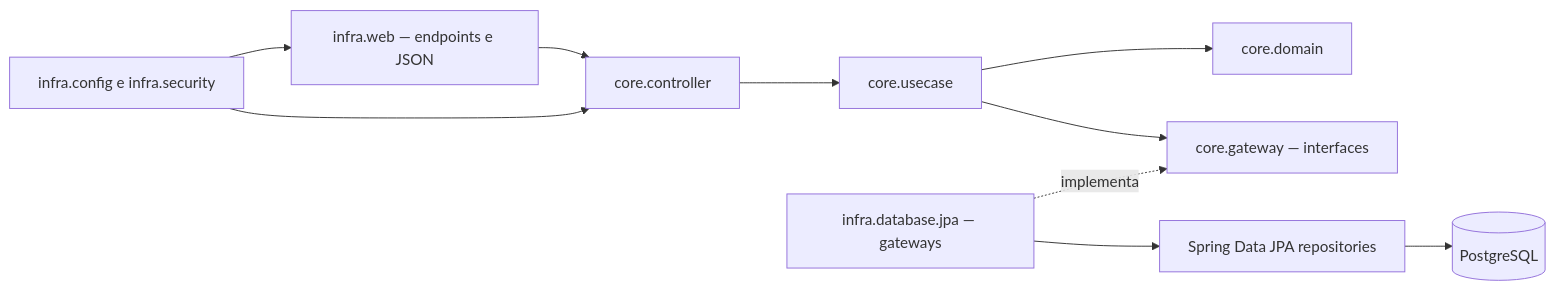
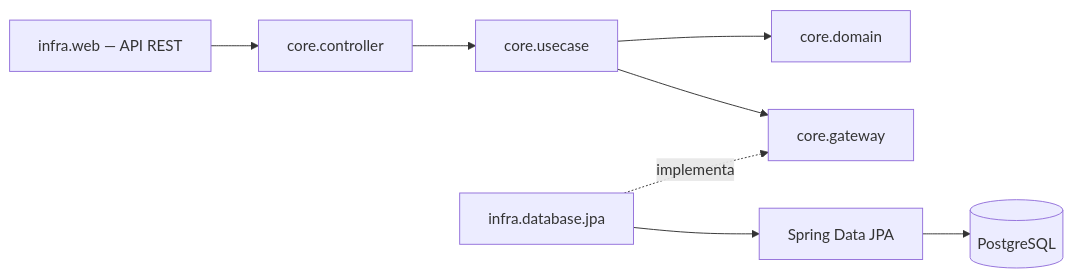
The diagram in README.md (Czochralski/Pos-FIAP-Fase-2), drawn with Mermaid before and after one commit. The commit also changed other lines of this file and 4 other files, not shown here.

````diff
--- a/README.md
+++ b/README.md
@@ -29,12 +61,10 @@
 ```mermaid
 flowchart LR
-    API[infra.web — endpoints e JSON] --> Controller[core.controller]
+    Web[infra.web — API REST] --> Controller[core.controller]
     Controller --> UseCase[core.usecase]
     UseCase --> Domain[core.domain]
-    UseCase --> Port[core.gateway — interfaces]
-    Adapter[infra.database.jpa — gateways] -. implementa .-> Port
-    Adapter --> Repository[Spring Data JPA repositories]
+    UseCase --> Gateway[core.gateway]
+    Jpa[infra.database.jpa] -. implementa .-> Gateway
+    Jpa --> Repository[Spring Data JPA]
     Repository --> Database[(PostgreSQL)]
-    Config[infra.config e infra.security] --> API
-    Config --> Controller
 ```
````
